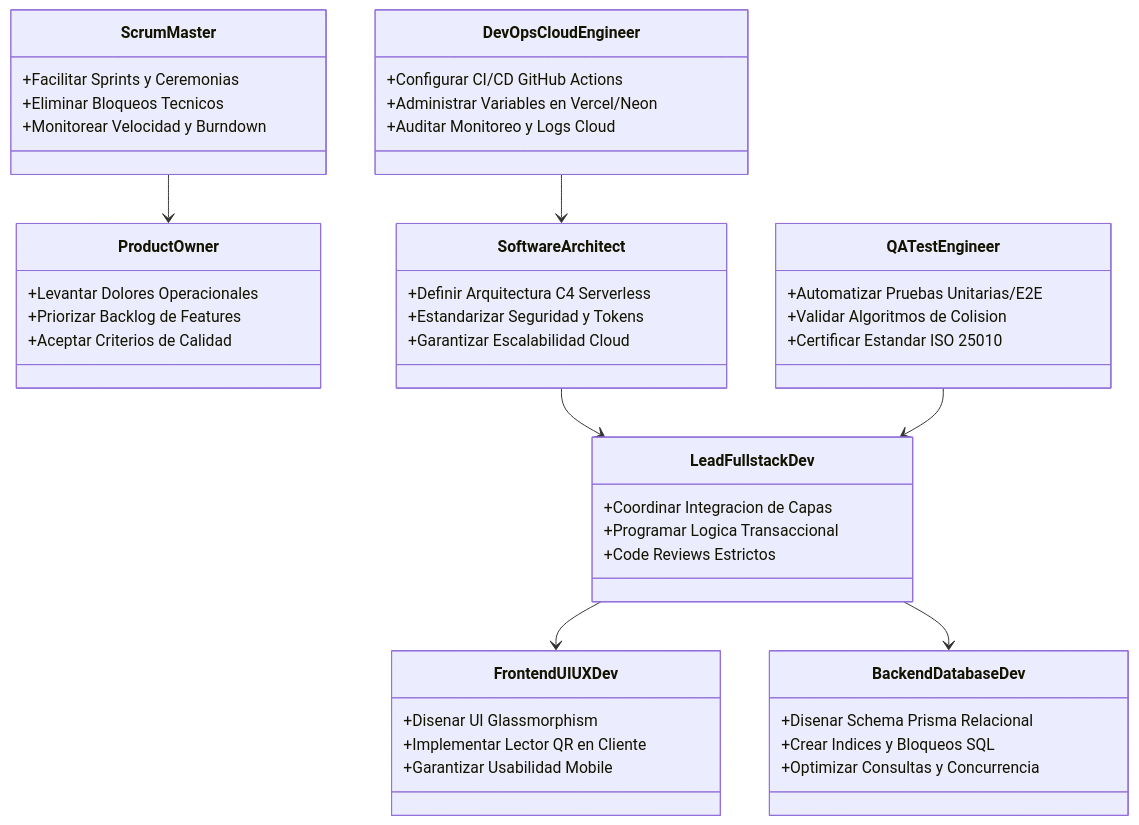
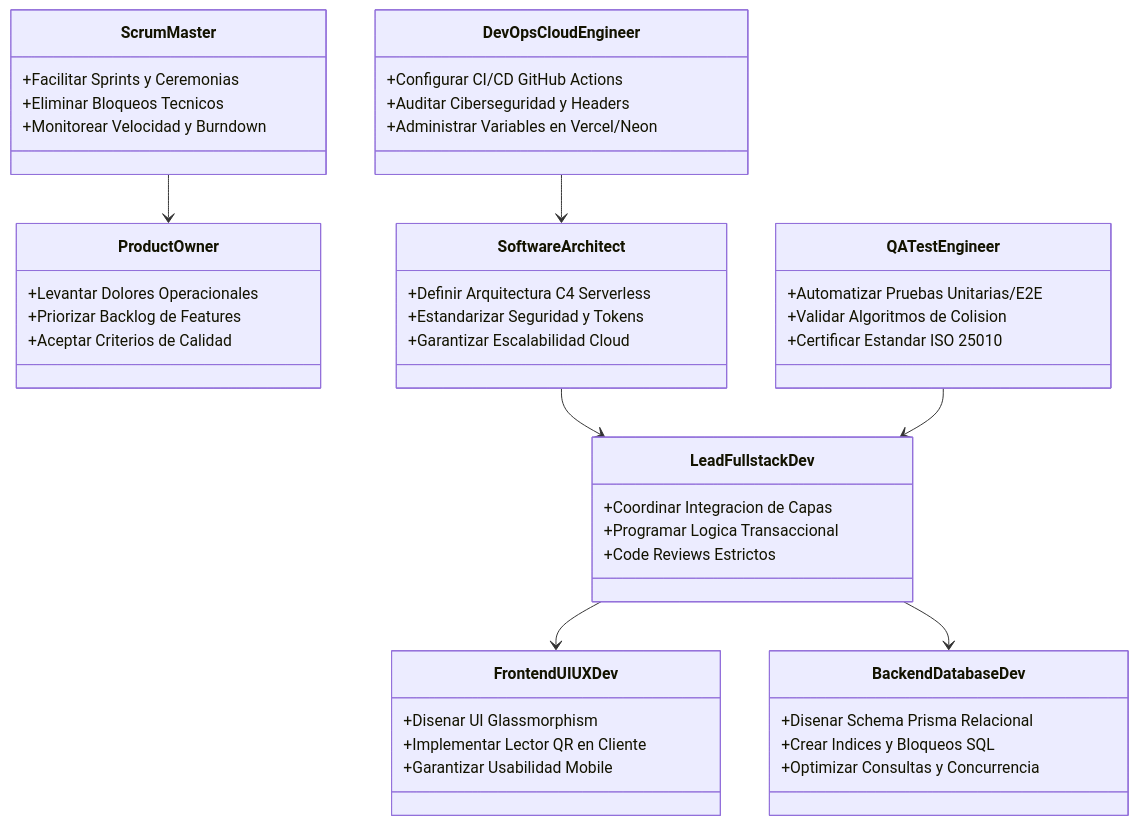
One commit to IMANDOI/sistema-gestion-auditorios-capstone changed the fifth of 11 diagrams in informe_fase_1_definicion_proyecto.md. Above: the diagram before and after it, drawn with Mermaid. The commit also changed other lines of this file, not shown here.

Commit message:
sec(fase1): incorporar arquitectura de ciberseguridad OWASP e ISO 27001 (informe_fase_1_definicion_proyecto.md)

````diff
--- a/informe_fase_1_definicion_proyecto.md
+++ b/informe_fase_1_definicion_proyecto.md
@@ -219,50 +222,50 @@
 ```mermaid
 classDiagram
     class ProductOwner {
         +Levantar Dolores Operacionales
         +Priorizar Backlog de Features
         +Aceptar Criterios de Calidad
     }
     class ScrumMaster {
         +Facilitar Sprints y Ceremonias
         +Eliminar Bloqueos Tecnicos
         +Monitorear Velocidad y Burndown
     }
     class SoftwareArchitect {
         +Definir Arquitectura C4 Serverless
         +Estandarizar Seguridad y Tokens
         +Garantizar Escalabilidad Cloud
     }
     class LeadFullstackDev {
         +Coordinar Integracion de Capas
         +Programar Logica Transaccional
         +Code Reviews Estrictos
     }
     class FrontendUIUXDev {
         +Disenar UI Glassmorphism
         +Implementar Lector QR en Cliente
         +Garantizar Usabilidad Mobile
     }
     class BackendDatabaseDev {
         +Disenar Schema Prisma Relacional
         +Crear Indices y Bloqueos SQL
         +Optimizar Consultas y Concurrencia
     }
     class QATestEngineer {
         +Automatizar Pruebas Unitarias/E2E
         +Validar Algoritmos de Colision
         +Certificar Estandar ISO 25010
     }
     class DevOpsCloudEngineer {
         +Configurar CI/CD GitHub Actions
+        +Auditar Ciberseguridad y Headers
         +Administrar Variables en Vercel/Neon
-        +Auditar Monitoreo y Logs Cloud
     }
 
     ScrumMaster --> ProductOwner
     SoftwareArchitect --> LeadFullstackDev
     LeadFullstackDev --> FrontendUIUXDev
     LeadFullstackDev --> BackendDatabaseDev
     QATestEngineer --> LeadFullstackDev
     DevOpsCloudEngineer --> SoftwareArchitect
 ```
````
